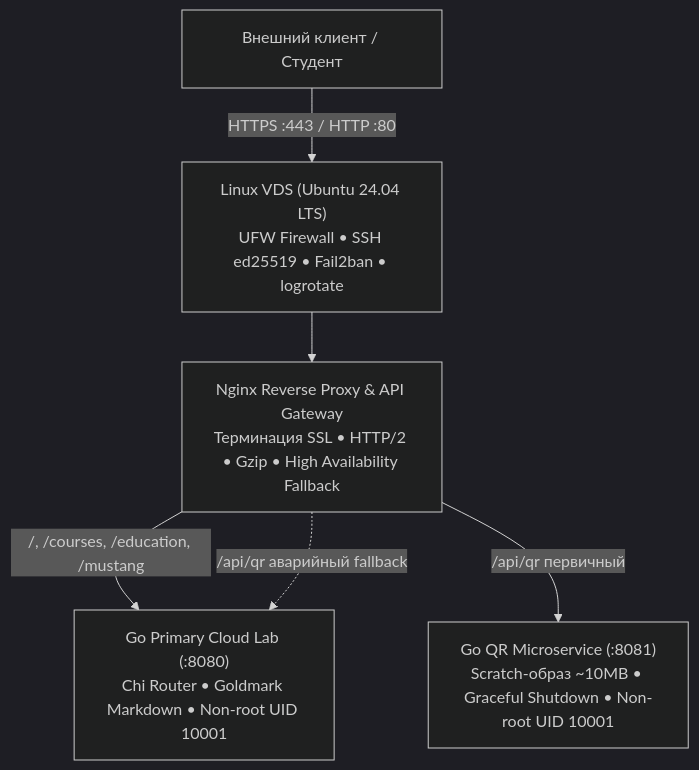
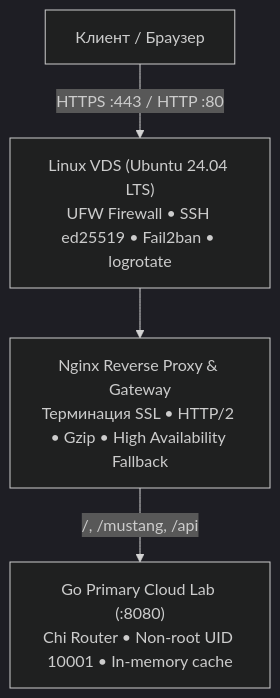
One commit to AndreyJVM/portfolio-service changed the third of 3 diagrams in README.md. Above: the diagram before and after it, drawn with Mermaid (dark theme). The commit also changed other lines of this file and 154 other files, not shown here.

````diff
--- a/README.md
+++ b/README.md
@@ -235,8 +160,6 @@
 ```mermaid
 flowchart TD
-    Client["Внешний клиент / Студент"] -->|HTTPS :443 / HTTP :80| Host["Linux VDS (Ubuntu 24.04 LTS)<br/>UFW Firewall • SSH ed25519 • Fail2ban • logrotate"]
-    Host --> Nginx["Nginx Reverse Proxy & API Gateway<br/>Терминация SSL • HTTP/2 • Gzip • High Availability Fallback"]
-    Nginx -->|/, /courses, /education, /mustang| GoApp["Go Primary Cloud Lab (:8080)<br/>Chi Router • Goldmark Markdown • Non-root UID 10001"]
-    Nginx -->|/api/qr первичный| GoQR["Go QR Microservice (:8081)<br/>Scratch-образ ~10MB • Graceful Shutdown • Non-root UID 10001"]
-    Nginx -.->|/api/qr аварийный fallback| GoApp
+    Client["Клиент / Браузер"] -->|HTTPS :443 / HTTP :80| Host["Linux VDS (Ubuntu 24.04 LTS)<br/>UFW Firewall • SSH ed25519 • Fail2ban • logrotate"]
+    Host --> Nginx["Nginx Reverse Proxy & Gateway<br/>Терминация SSL • HTTP/2 • Gzip • High Availability Fallback"]
+    Nginx -->|/, /mustang, /api| GoApp["Go Primary Cloud Lab (:8080)<br/>Chi Router • Non-root UID 10001 • In-memory cache"]
 ```
````
